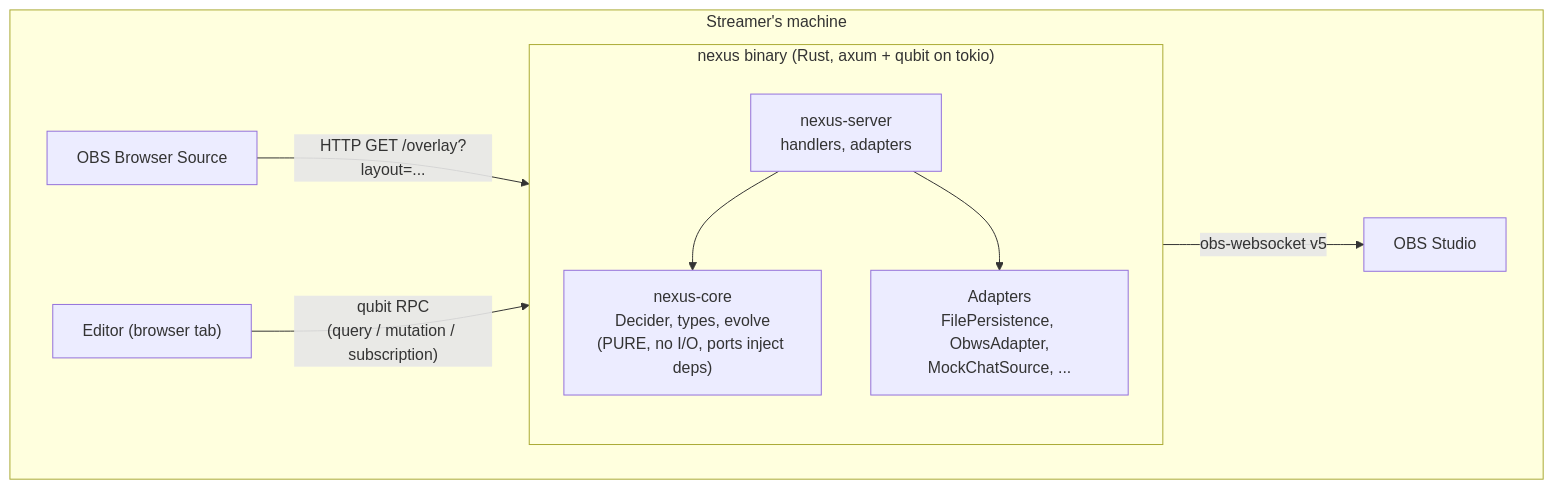
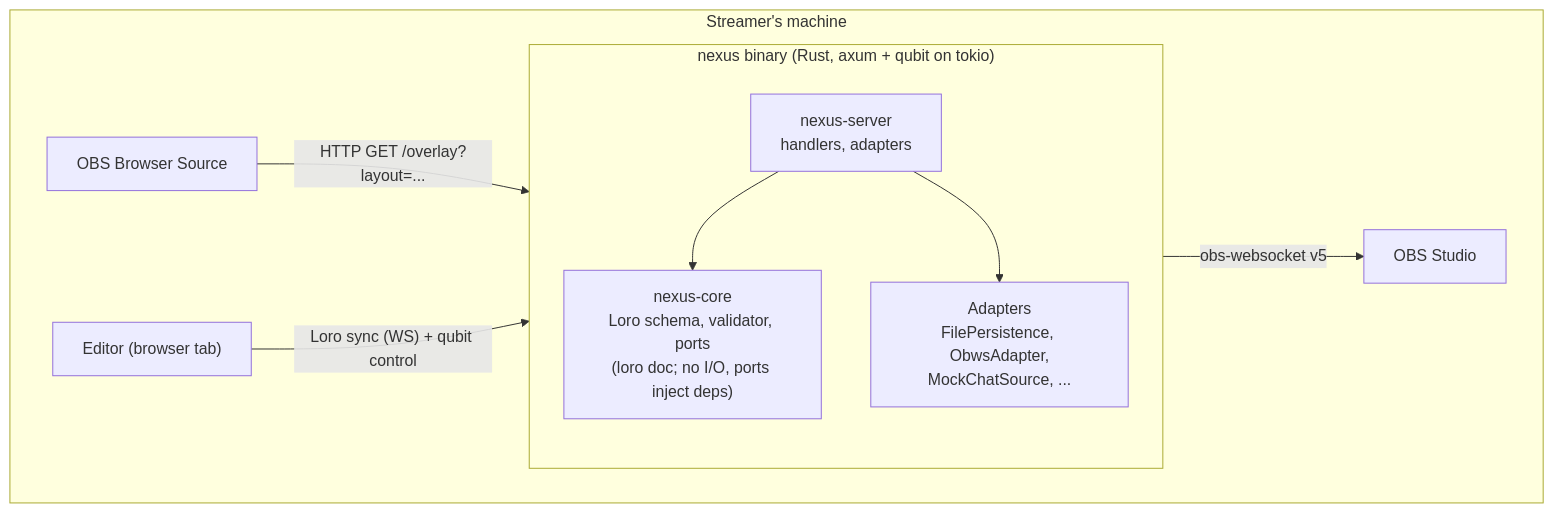
The diagram in CLAUDE.md (martinsdotdev/nexus), drawn with Mermaid before and after one commit. The commit also changed other lines of this file and 5 other files, not shown here.

Commit message:
docs: adopt offline-collaborative Loro architecture (ADR-0005)

````diff
--- a/CLAUDE.md
+++ b/CLAUDE.md
@@ -52,21 +52,21 @@
 ```mermaid
 flowchart TB
   subgraph machine["Streamer's machine"]
     obs["OBS Browser Source"]
     editor["Editor (browser tab)"]
 
     subgraph binary["nexus binary (Rust, axum + qubit on tokio)"]
       server["nexus-server<br>handlers, adapters"]
-      core["nexus-core<br>Decider, types, evolve<br>(PURE, no I/O, ports inject deps)"]
+      core["nexus-core<br>Loro schema, validator, ports<br>(loro doc; no I/O, ports inject deps)"]
       adapters["Adapters<br>FilePersistence, ObwsAdapter,<br>MockChatSource, ..."]
       server --> core
       server --> adapters
     end
 
     obsstudio["OBS Studio"]
 
     obs -- "HTTP GET /overlay?layout=..." --> binary
-    editor -- "qubit RPC<br>(query / mutation / subscription)" --> binary
+    editor -- "Loro sync (WS) + qubit control" --> binary
     binary -- "obs-websocket v5" --> obsstudio
   end
 ```
````
